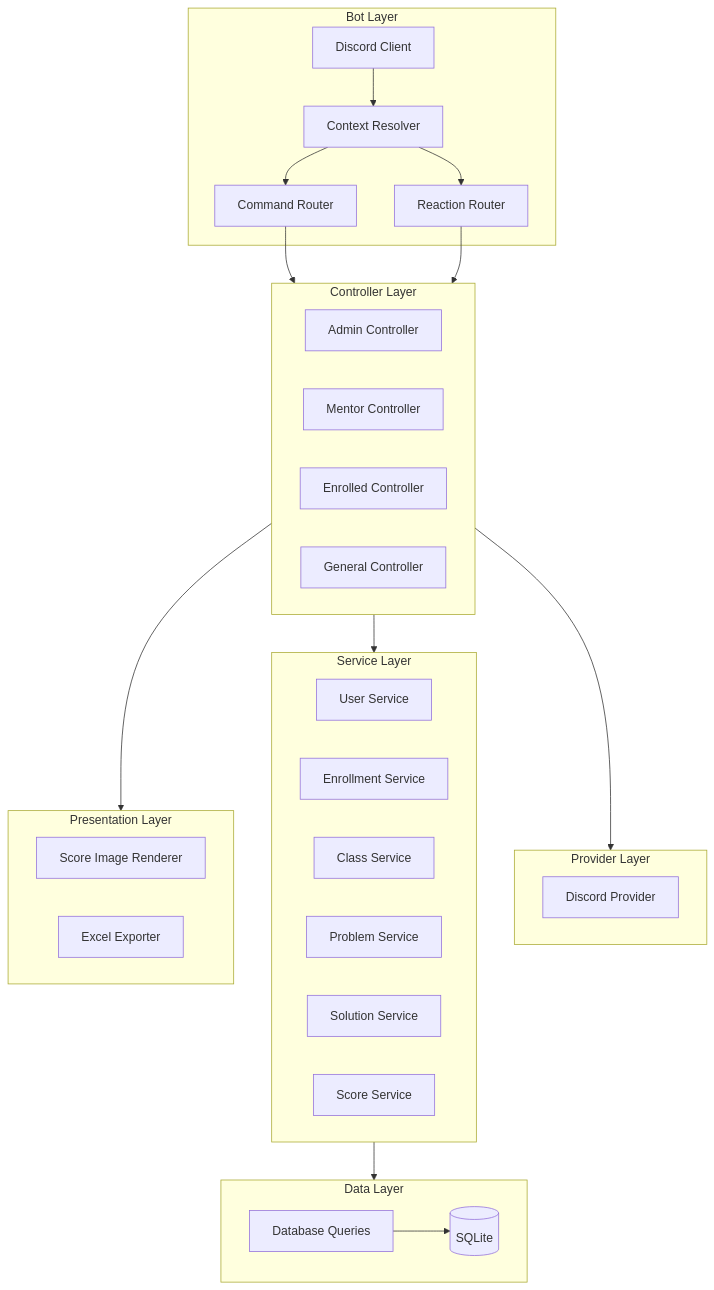
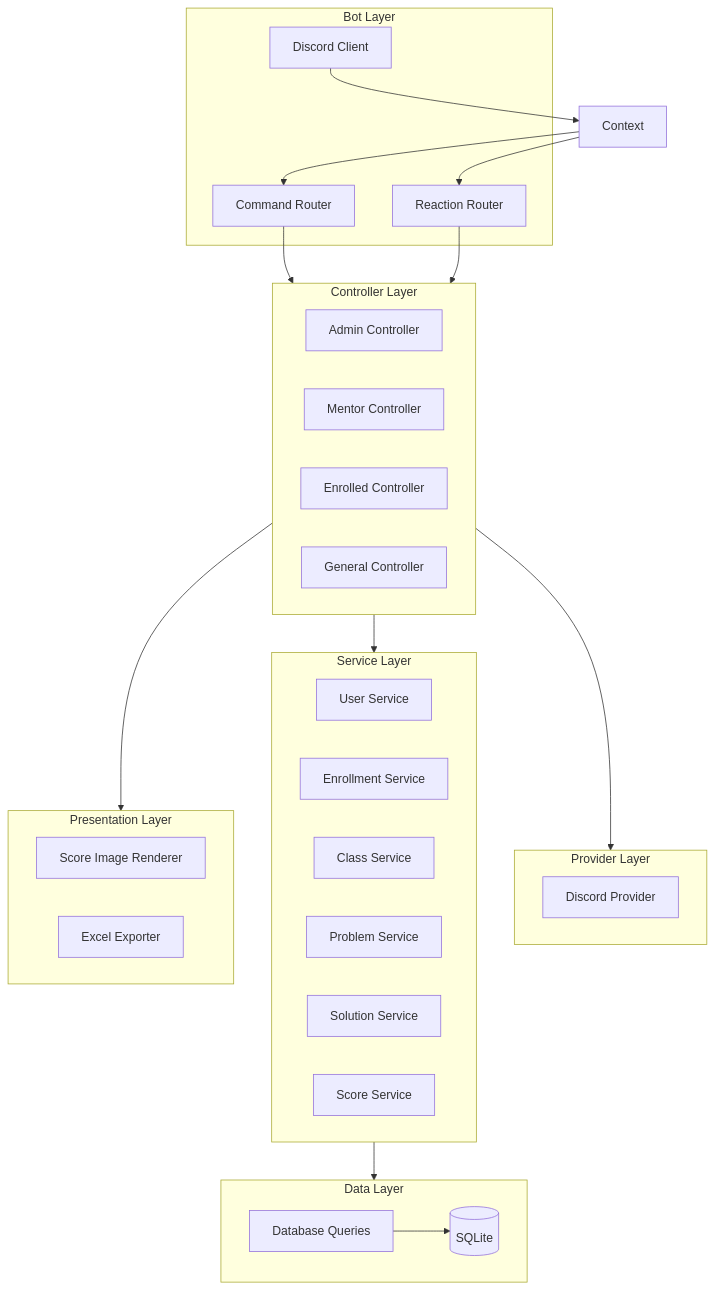
Before and after one commit to JorgeIba/Hurion: the first of 2 diagrams in docs/ARCHITECTURE.md, drawn with Mermaid. The commit also changed other lines of this file and 3 other files, not shown here.

````diff
--- a/docs/ARCHITECTURE.md
+++ b/docs/ARCHITECTURE.md
@@ -27,53 +27,52 @@
 ```mermaid
 graph TB
     subgraph BotLayer["Bot Layer"]
         Discord[Discord Client]
-        Context[Context Resolver]
         Commands[Command Router]
         Reactions[Reaction Router]
     end
 
     subgraph ControllerLayer["Controller Layer"]
         AdminCtrl[Admin Controller]
         MentorCtrl[Mentor Controller]
         EnrolledCtrl[Enrolled Controller]
         GeneralCtrl[General Controller]
     end
 
     subgraph ProviderLayer["Provider Layer"]
         DiscordProvider[Discord Provider]
     end
 
     subgraph ServiceLayer["Service Layer"]
         UserService[User Service]
         EnrollmentService[Enrollment Service]
         ClassService[Class Service]
         ProblemService[Problem Service]
         SolutionService[Solution Service]
         ScoreService[Score Service]
     end
 
     subgraph DataLayer["Data Layer"]
         Queries[Database Queries]
         DB[(SQLite)]
     end
 
     subgraph PresentationLayer["Presentation Layer"]
         ImageRenderer[Score Image Renderer]
         Excelizer[Excel Exporter]
     end
 
     %% Internal connections
     Discord --> Context
     Context --> Commands
     Context --> Reactions
     Queries --> DB
 
     %% Flow between layers
     Commands --> ControllerLayer
     Reactions --> ControllerLayer
     ControllerLayer --> ProviderLayer
     ControllerLayer --> ServiceLayer
     ControllerLayer --> PresentationLayer
     ServiceLayer --> DataLayer
 ```
````
